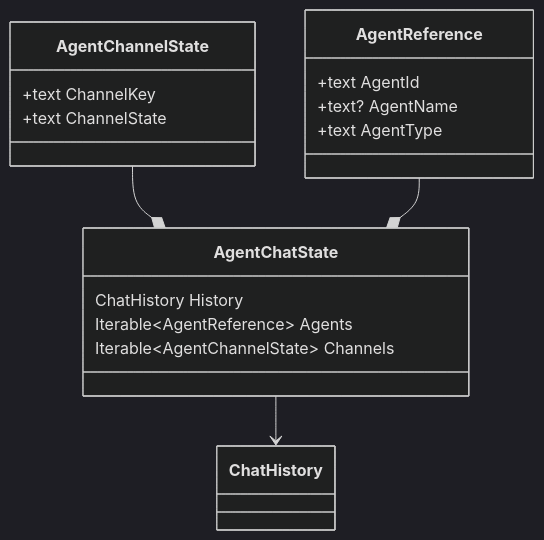
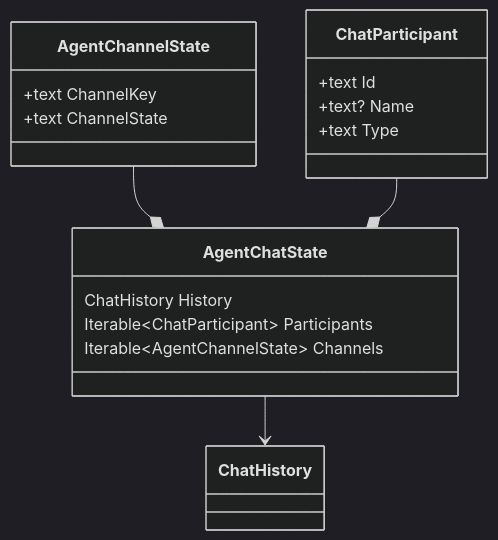
The diagram in docs/decisions/diagrams/agentchat-state.mmd (microsoft/semantic-kernel), drawn with Mermaid (dark theme) before and after one commit.

Commit message:
Update mermaid diagram

```diff
--- a/docs/decisions/diagrams/agentchat-state.mmd
+++ b/docs/decisions/diagrams/agentchat-state.mmd
@@ -1,23 +1,23 @@
 classDiagram
 
     ChatHistory
 
     AgentChatState --> ChatHistory
     AgentChannelState --* AgentChatState
-    AgentReference --* AgentChatState
+    ChatParticipant --* AgentChatState
     class AgentChatState {
         ChatHistory History
-        Iterable~AgentReference~ Agents
+        Iterable~ChatParticipant~ Participants
         Iterable~AgentChannelState~ Channels
     }
 
     class AgentChannelState {
         +text ChannelKey
         +text ChannelState
     }
 
-    class AgentReference {
-        +text AgentId
-        +text? AgentName
-        +text AgentType
+    class ChatParticipant {
+        +text Id
+        +text? Name
+        +text Type
     }
```
